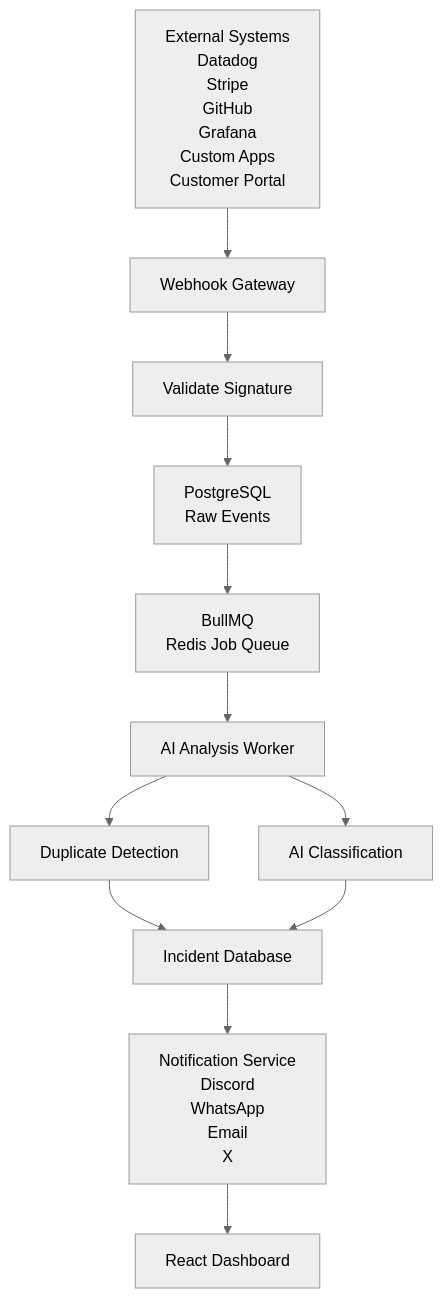
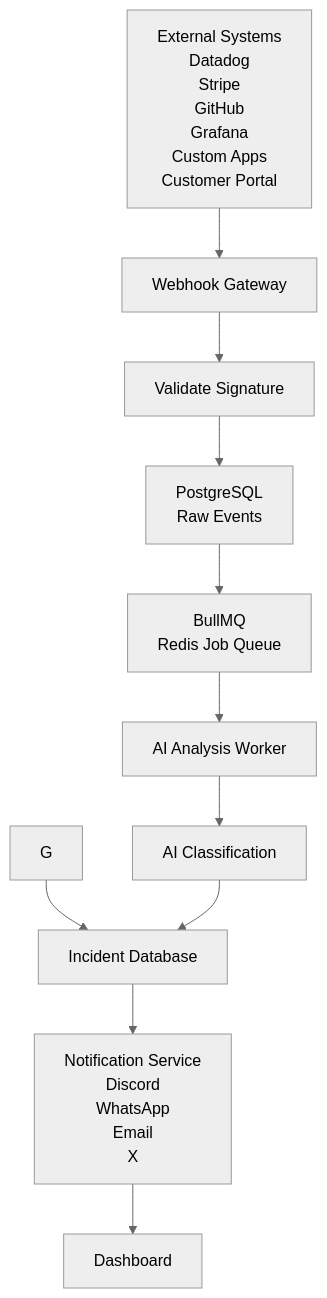
Before and after one commit to Abdullah-Builds/AI-Incident-Response-Alert-Router: the diagram in README.md, drawn with Mermaid (neutral theme).

Commit message:
Rename
Updated diagram labels in README for clarity.

````diff
--- a/README.md
+++ b/README.md
@@ -50,14 +50,13 @@
 ```mermaid
 flowchart TD
     A[External Systems<br/>Datadog<br/>Stripe<br/>GitHub<br/>Grafana<br/>Custom Apps<br/>Customer Portal] --> B[Webhook Gateway]
     B --> C[Validate Signature]
     C --> D[PostgreSQL<br/>Raw Events]
     D --> E[BullMQ<br/>Redis Job Queue]
     E --> F[AI Analysis Worker]
-    F --> G[Duplicate Detection]
     F --> H[AI Classification]
     G --> I[Incident Database]
     H --> I
     I --> J[Notification Service<br/>Discord<br/>WhatsApp<br/>Email<br/>X]
-    J --> K[React Dashboard]
+    J --> K[Dashboard]
 ```
````
